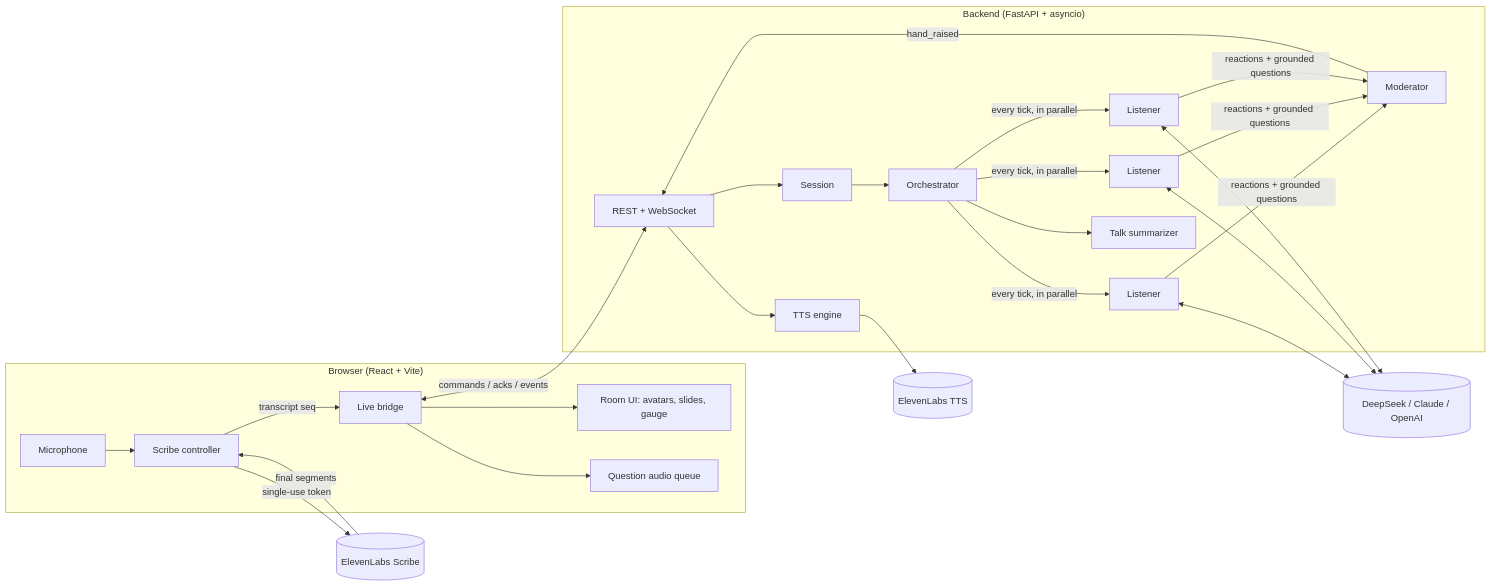
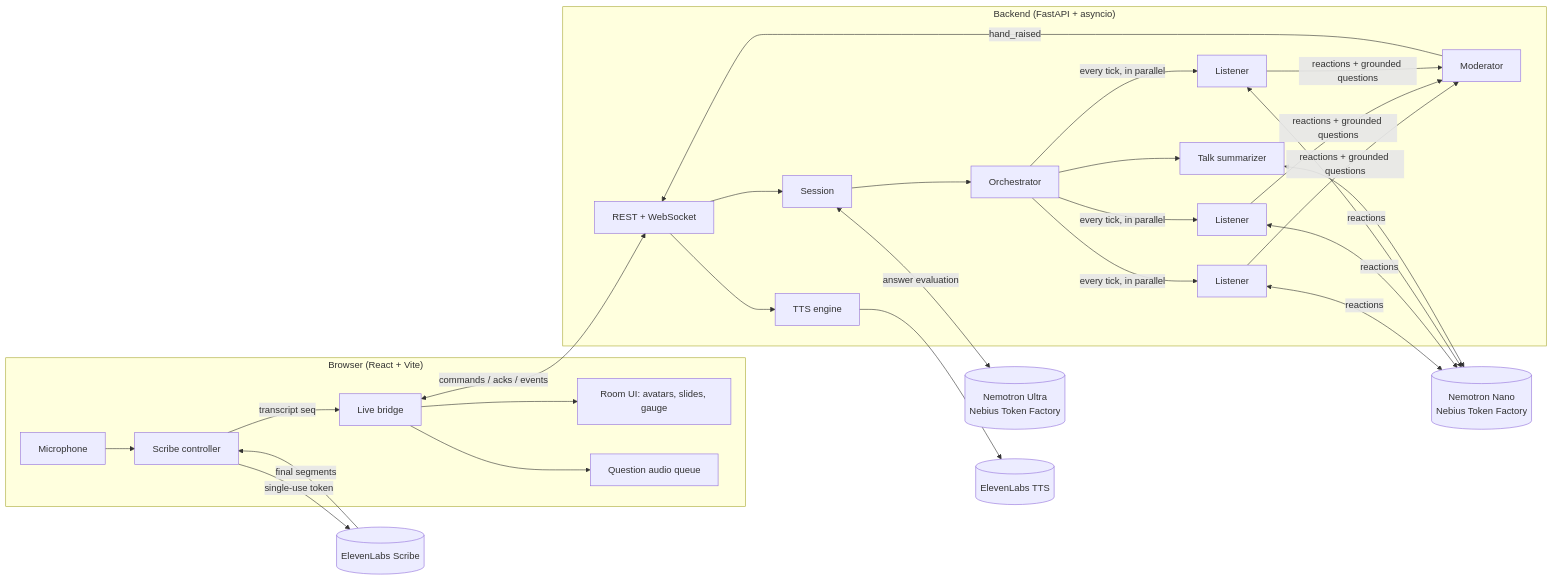
One commit to JaswanthP6878/YapLab changed the first of 3 diagrams in README.md. Above: the diagram before and after it, drawn with Mermaid. The commit also changed other lines of this file and 25 other files, not shown here.

Commit message:
Run Nemotron on Nebius with role routing and measured session usage

````diff
--- a/README.md
+++ b/README.md
@@ -35,31 +54,33 @@
 ```mermaid
 flowchart LR
     subgraph Browser["Browser (React + Vite)"]
         Mic[Microphone] --> Scribe[Scribe controller]
         UI[Room UI: avatars, slides, gauge]
         Bridge[Live bridge]
         Audio[Question audio queue]
     end
     subgraph API["Backend (FastAPI + asyncio)"]
         Server[REST + WebSocket]
         Session[Session]
         Orch[Orchestrator]
         Mod[Moderator]
         L1[Listener] & L2[Listener] & L3[Listener]
         Sum[Talk summarizer]
         TTS[TTS engine]
     end
     Scribe -- single-use token --> EL[(ElevenLabs Scribe)]
     EL -- final segments --> Scribe
     Scribe -- transcript seq --> Bridge
     Bridge <-- commands / acks / events --> Server
     Server --> Session --> Orch
     Orch -- every tick, in parallel --> L1 & L2 & L3
     L1 & L2 & L3 -- reactions + grounded questions --> Mod
     Orch --> Sum
-    L1 & L2 & L3 <--> LLM[(DeepSeek / Claude / OpenAI)]
+    L1 & L2 & L3 <-->|reactions| FastLLM[(Nemotron Nano<br/>Nebius Token Factory)]
+    Sum <--> FastLLM
+    Session <-->|answer evaluation| ReasonLLM[(Nemotron Ultra<br/>Nebius Token Factory)]
     Mod -- hand_raised --> Server
     Server --> TTS --> ELT[(ElevenLabs TTS)]
     Bridge --> UI
     Bridge --> Audio
 ```
````
